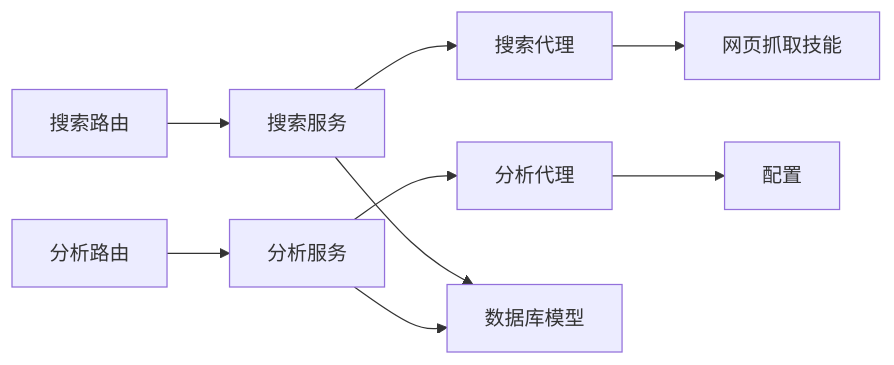
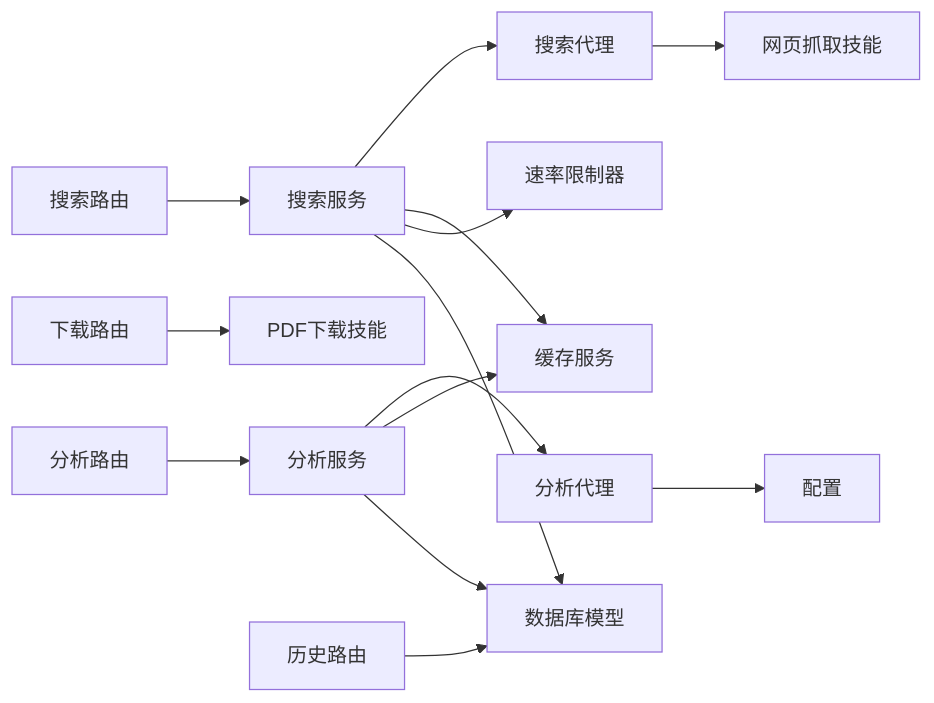
Before and after one commit to wangdy21/search_is_all_you_need: diagram 12 of 13 in .qoder/repowiki/zh/content/系统架构设计/AI代理系统架构.md, drawn with Mermaid. The commit also changed other lines of this file and 11 other files, not shown here.

````diff
--- a/.qoder/repowiki/zh/content/系统架构设计/AI代理系统架构.md
+++ b/.qoder/repowiki/zh/content/系统架构设计/AI代理系统架构.md
@@ -386,11 +490,16 @@
 ```mermaid
 graph LR
 RT_SEARCH["搜索路由"] --> SVC_SEARCH["搜索服务"]
 RT_ANALYSIS["分析路由"] --> SVC_ANALYSIS["分析服务"]
+RT_DOWNLOAD["下载路由"] --> SK_PDF["PDF下载技能"]
+RT_HISTORY["历史路由"] --> DB["数据库模型"]
 SVC_SEARCH --> AG_SEARCH["搜索代理"]
 SVC_ANALYSIS --> AG_ANALYSIS["分析代理"]
 AG_SEARCH --> SK_WEB["网页抓取技能"]
 AG_ANALYSIS --> CFG["配置"]
-SVC_SEARCH --> DB["数据库模型"]
+SVC_SEARCH --> SVC_CACHE["缓存服务"]
+SVC_ANALYSIS --> SVC_CACHE
+SVC_SEARCH --> SVC_RATE["速率限制器"]
+SVC_SEARCH --> DB
 SVC_ANALYSIS --> DB
 ```
````
